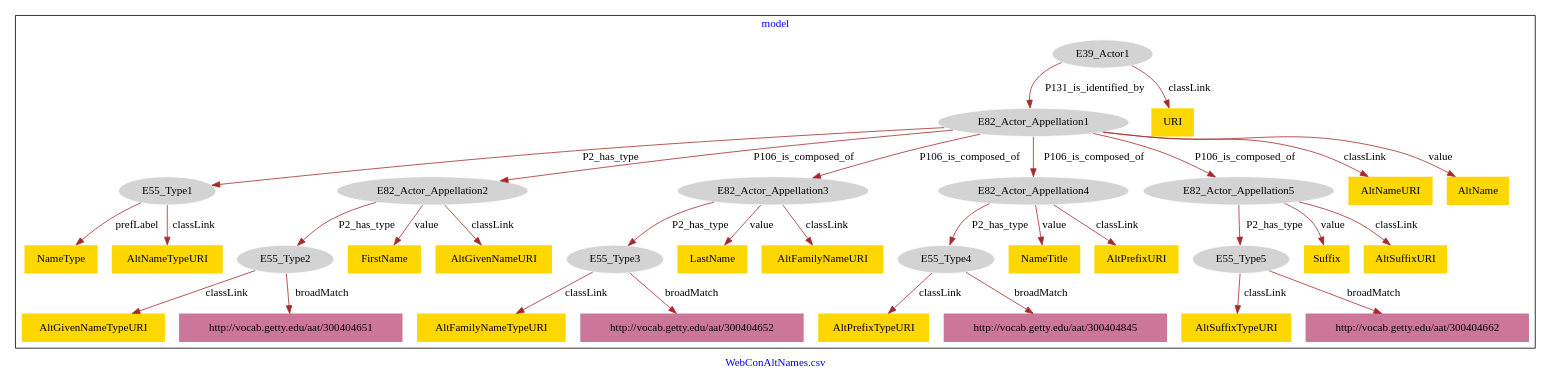
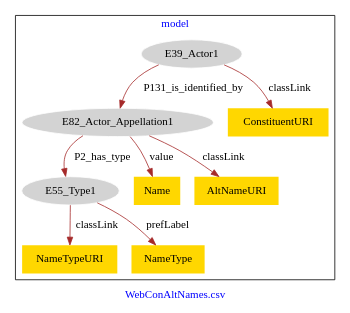
One commit to american-art/SAAM changed the diagram in WebConAltNames/WebConAltNames-model.dot. Above: the diagram before and after it, drawn with Graphviz.

Commit message:
Update file WebConAltNames-model.dot

```diff
--- a/WebConAltNames/WebConAltNames-model.dot
+++ b/WebConAltNames/WebConAltNames-model.dot
@@ -1,71 +1,23 @@
 digraph n0 {
 fontcolor="blue"
 remincross="true"
 label="WebConAltNames.csv"
 subgraph cluster {
 label="model"
 n2[style="filled",color="white",fillcolor="lightgray",label="E39_Actor1"];
 n3[style="filled",color="white",fillcolor="lightgray",label="E82_Actor_Appellation1"];
 n4[style="filled",color="white",fillcolor="lightgray",label="E55_Type1"];
-n5[style="filled",color="white",fillcolor="lightgray",label="E82_Actor_Appellation2"];
-n6[style="filled",color="white",fillcolor="lightgray",label="E82_Actor_Appellation3"];
-n7[style="filled",color="white",fillcolor="lightgray",label="E82_Actor_Appellation4"];
-n8[style="filled",color="white",fillcolor="lightgray",label="E82_Actor_Appellation5"];
-n9[style="filled",color="white",fillcolor="lightgray",label="E55_Type2"];
-n10[style="filled",color="white",fillcolor="lightgray",label="E55_Type3"];
-n11[style="filled",color="white",fillcolor="lightgray",label="E55_Type4"];
-n12[style="filled",color="white",fillcolor="lightgray",label="E55_Type5"];
-n13[shape="plaintext",style="filled",fillcolor="gold",label="LastName"];
-n14[shape="plaintext",style="filled",fillcolor="gold",label="AltFamilyNameTypeURI"];
-n15[shape="plaintext",style="filled",fillcolor="gold",label="NameTitle"];
-n16[shape="plaintext",style="filled",fillcolor="gold",label="NameType"];
-n17[shape="plaintext",style="filled",fillcolor="gold",label="AltGivenNameTypeURI"];
-n18[shape="plaintext",style="filled",fillcolor="gold",label="Suffix"];
-n19[shape="plaintext",style="filled",fillcolor="gold",label="AltNameURI"];
-n20[shape="plaintext",style="filled",fillcolor="gold",label="AltNameTypeURI"];
-n21[shape="plaintext",style="filled",fillcolor="gold",label="URI"];
-n22[shape="plaintext",style="filled",fillcolor="gold",label="AltSuffixURI"];
-n23[shape="plaintext",style="filled",fillcolor="gold",label="FirstName"];
-n24[shape="plaintext",style="filled",fillcolor="gold",label="AltSuffixTypeURI"];
-n25[shape="plaintext",style="filled",fillcolor="gold",label="AltPrefixTypeURI"];
-n26[shape="plaintext",style="filled",fillcolor="gold",label="AltName"];
-n27[shape="plaintext",style="filled",fillcolor="gold",label="AltPrefixURI"];
-n28[shape="plaintext",style="filled",fillcolor="gold",label="AltGivenNameURI"];
-n29[shape="plaintext",style="filled",fillcolor="gold",label="AltFamilyNameURI"];
-n30[shape="plaintext",style="filled",fillcolor="#CC7799",label="http://vocab.getty.edu/aat/300404651"];
-n31[shape="plaintext",style="filled",fillcolor="#CC7799",label="http://vocab.getty.edu/aat/300404652"];
-n32[shape="plaintext",style="filled",fillcolor="#CC7799",label="http://vocab.getty.edu/aat/300404845"];
-n33[shape="plaintext",style="filled",fillcolor="#CC7799",label="http://vocab.getty.edu/aat/300404662"];
+n5[shape="plaintext",style="filled",fillcolor="gold",label="Name"];
+n6[shape="plaintext",style="filled",fillcolor="gold",label="NameTypeURI"];
+n7[shape="plaintext",style="filled",fillcolor="gold",label="AltNameURI"];
+n8[shape="plaintext",style="filled",fillcolor="gold",label="ConstituentURI"];
+n9[shape="plaintext",style="filled",fillcolor="gold",label="NameType"];
 }
 n2 -> n3[color="brown",fontcolor="black",label="P131_is_identified_by"]
 n3 -> n4[color="brown",fontcolor="black",label="P2_has_type"]
-n3 -> n5[color="brown",fontcolor="black",label="P106_is_composed_of"]
-n3 -> n6[color="brown",fontcolor="black",label="P106_is_composed_of"]
-n3 -> n7[color="brown",fontcolor="black",label="P106_is_composed_of"]
-n3 -> n8[color="brown",fontcolor="black",label="P106_is_composed_of"]
-n5 -> n9[color="brown",fontcolor="black",label="P2_has_type"]
-n6 -> n10[color="brown",fontcolor="black",label="P2_has_type"]
-n7 -> n11[color="brown",fontcolor="black",label="P2_has_type"]
-n8 -> n12[color="brown",fontcolor="black",label="P2_has_type"]
-n6 -> n13[color="brown",fontcolor="black",label="value"]
-n10 -> n14[color="brown",fontcolor="black",label="classLink"]
-n7 -> n15[color="brown",fontcolor="black",label="value"]
-n4 -> n16[color="brown",fontcolor="black",label="prefLabel"]
-n9 -> n17[color="brown",fontcolor="black",label="classLink"]
-n8 -> n18[color="brown",fontcolor="black",label="value"]
-n3 -> n19[color="brown",fontcolor="black",label="classLink"]
-n4 -> n20[color="brown",fontcolor="black",label="classLink"]
-n2 -> n21[color="brown",fontcolor="black",label="classLink"]
-n8 -> n22[color="brown",fontcolor="black",label="classLink"]
-n5 -> n23[color="brown",fontcolor="black",label="value"]
-n12 -> n24[color="brown",fontcolor="black",label="classLink"]
-n11 -> n25[color="brown",fontcolor="black",label="classLink"]
-n3 -> n26[color="brown",fontcolor="black",label="value"]
-n7 -> n27[color="brown",fontcolor="black",label="classLink"]
-n5 -> n28[color="brown",fontcolor="black",label="classLink"]
-n6 -> n29[color="brown",fontcolor="black",label="classLink"]
-n9 -> n30[color="brown",fontcolor="black",label="broadMatch"]
-n10 -> n31[color="brown",fontcolor="black",label="broadMatch"]
-n11 -> n32[color="brown",fontcolor="black",label="broadMatch"]
-n12 -> n33[color="brown",fontcolor="black",label="broadMatch"]
+n3 -> n5[color="brown",fontcolor="black",label="value"]
+n4 -> n6[color="brown",fontcolor="black",label="classLink"]
+n3 -> n7[color="brown",fontcolor="black",label="classLink"]
+n2 -> n8[color="brown",fontcolor="black",label="classLink"]
+n4 -> n9[color="brown",fontcolor="black",label="prefLabel"]
 }
```
